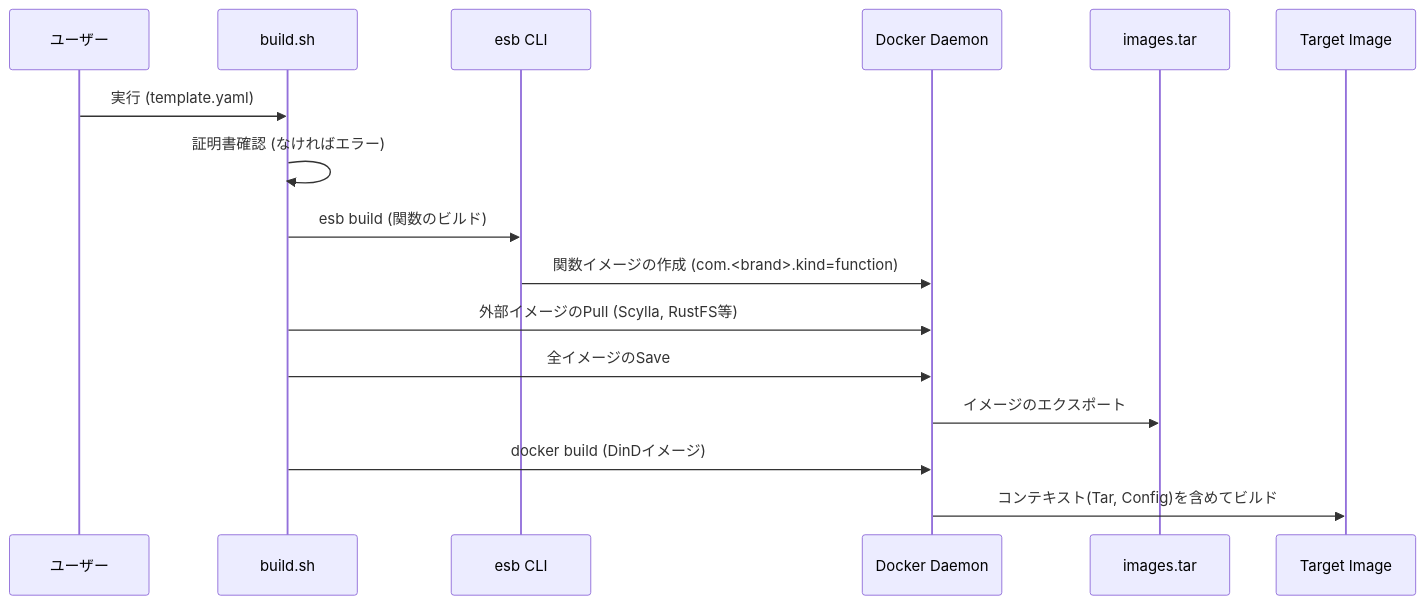
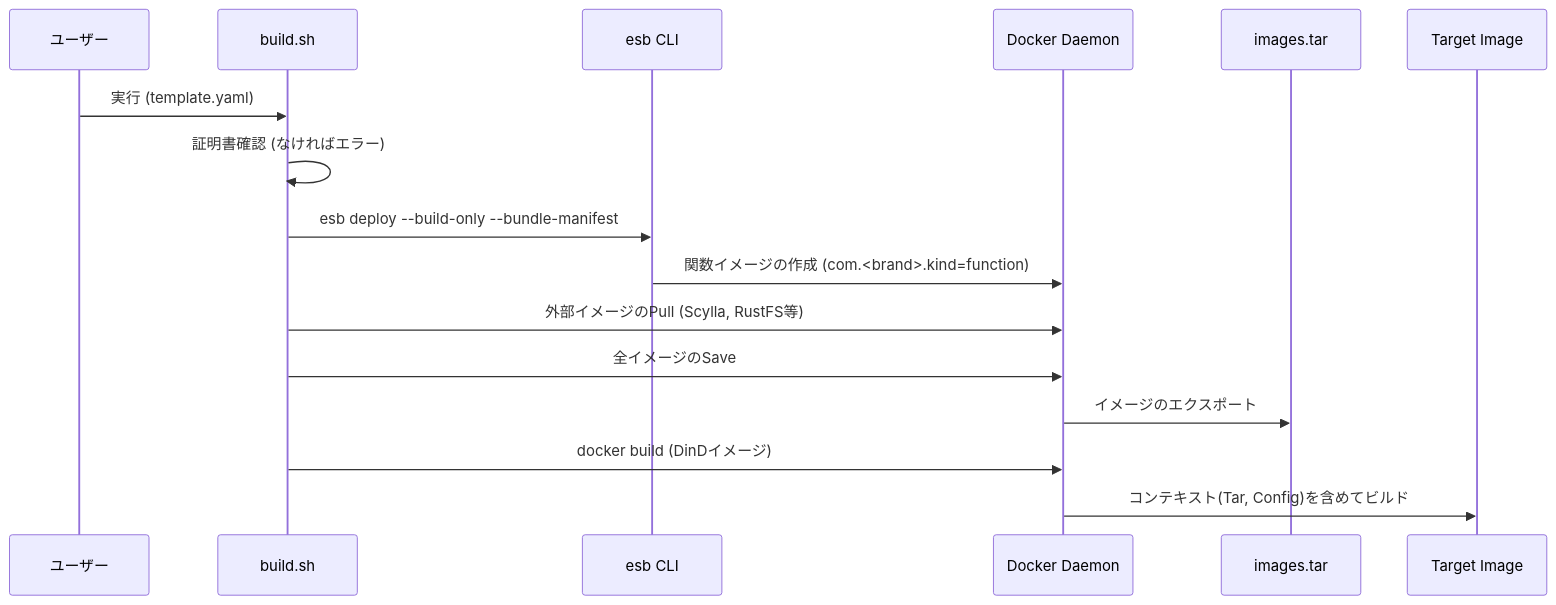
The first of 2 diagrams in tools/dind-bundler/README.md (poruru-code/esb), drawn with Mermaid before and after one commit. The commit also changed other lines of this file and 11 other files, not shown here.

````diff
--- a/tools/dind-bundler/README.md
+++ b/tools/dind-bundler/README.md
@@ -59,19 +62,19 @@
 ```mermaid
 sequenceDiagram
     participant User as ユーザー
     participant Script as build.sh
     participant CLI as esb CLI
     participant Docker as Docker Daemon
     participant Tar as images.tar
     participant Image as Target Image
 
     User->>Script: 実行 (template.yaml)
     Script->>Script: 証明書確認 (なければエラー)
-    Script->>CLI: esb build (関数のビルド)
+    Script->>CLI: esb deploy --build-only --bundle-manifest
     CLI->>Docker: 関数イメージの作成 (com.<brand>.kind=function)
     Script->>Docker: 外部イメージのPull (Scylla, RustFS等)
     Script->>Docker: 全イメージのSave
     Docker->>Tar: イメージのエクスポート
     Script->>Docker: docker build (DinDイメージ)
     Docker->>Image: コンテキスト(Tar, Config)を含めてビルド
 ```
````
